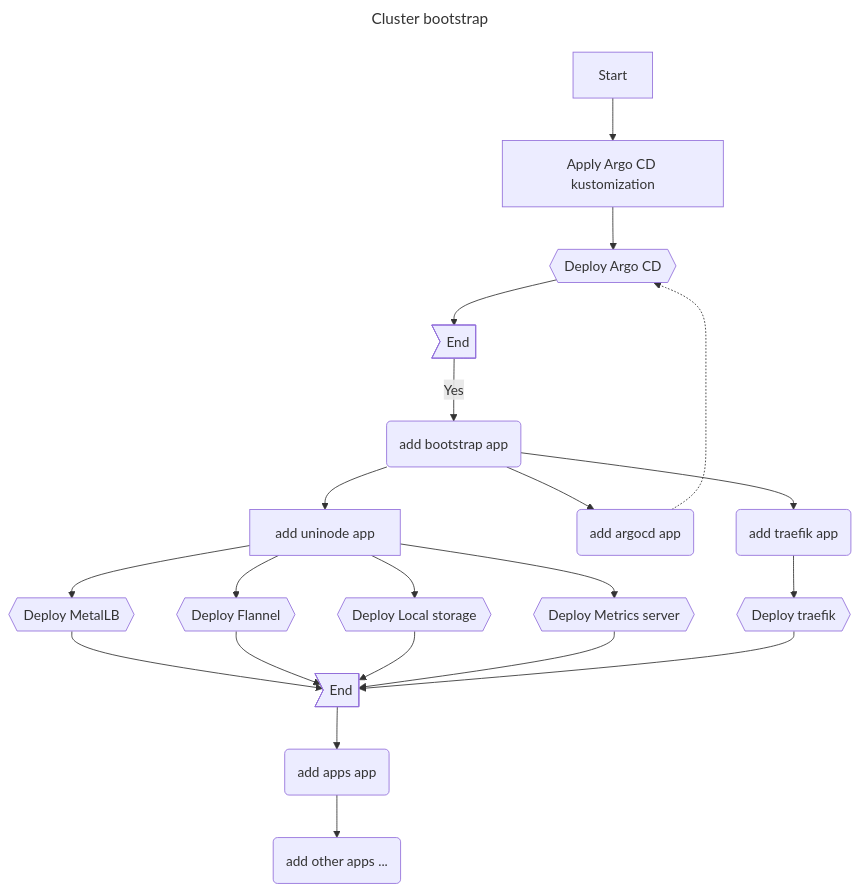
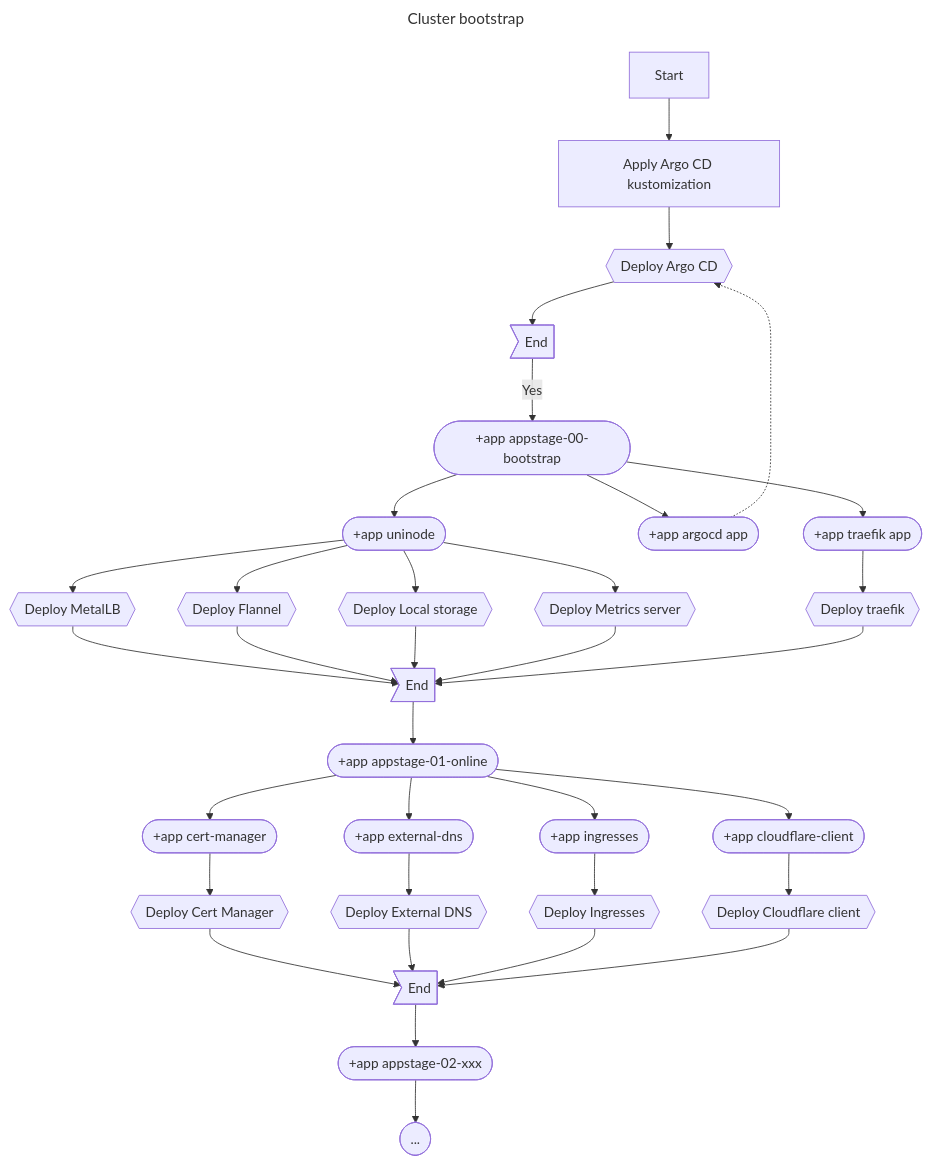
The diagram in docs/architecture.md (antoinemartin/autocloud), drawn with Mermaid before and after one commit. The commit also changed other lines of this file and 5 other files, not shown here.

````diff
--- a/docs/architecture.md
+++ b/docs/architecture.md
@@ -23,27 +23,40 @@
 ```mermaid
 ---
 title: Cluster bootstrap
 ---
 flowchart TD
   A[Start] --> AA[Apply Argo CD kustomization];
   AA --> B{{Deploy Argo CD}};
   B --> C>End];
-  C --> |Yes| D(add bootstrap app);
-  D --> E(add traefik app);
-  D --> E2(add argocd app);
+  C --> |Yes| D([+app appstage-00-bootstrap]);
+  D --> E([+app traefik app]);
+  D --> E2([+app argocd app]);
   E2 -.-> B;
-  D --> F[add uninode app];
+  D --> F([+app uninode]);
   E --> dtr{{Deploy traefik}}
   F --> dml{{Deploy MetalLB}}
   F --> dfl{{Deploy Flannel}}
   F --> dls{{Deploy Local storage}}
   F --> dms{{Deploy Metrics server}}
   dml --> end2>End];
   dfl --> end2>End];
   dls --> end2>End];
   dms --> end2>End];
   dtr --> end2>End];
-  end2 --> apps(add apps app)
-  apps --> other(add other apps ...)
+  end2 --> online([+app appstage-01-online])
+  online --> cmapp([+app cert-manager])
+  online --> ednsapp([+app external-dns])
+  online --> ingapp([+app ingresses])
+  online --> cldapp([+app cloudflare-client])
+  cmapp --> dcm{{Deploy Cert Manager}}
+  ednsapp --> dedns{{Deploy External DNS}}
+  ingapp --> ding{{Deploy Ingresses}}
+  cldapp --> dcld{{Deploy Cloudflare client}}
+  dcm --> end3>End];
+  dedns --> end3>End];
+  ding --> end3>End];
+  dcld --> end3>End];
+  end3 --> xxx([+app appstage-02-xxx])
+  xxx --> follow([...])
 
 ```
````
